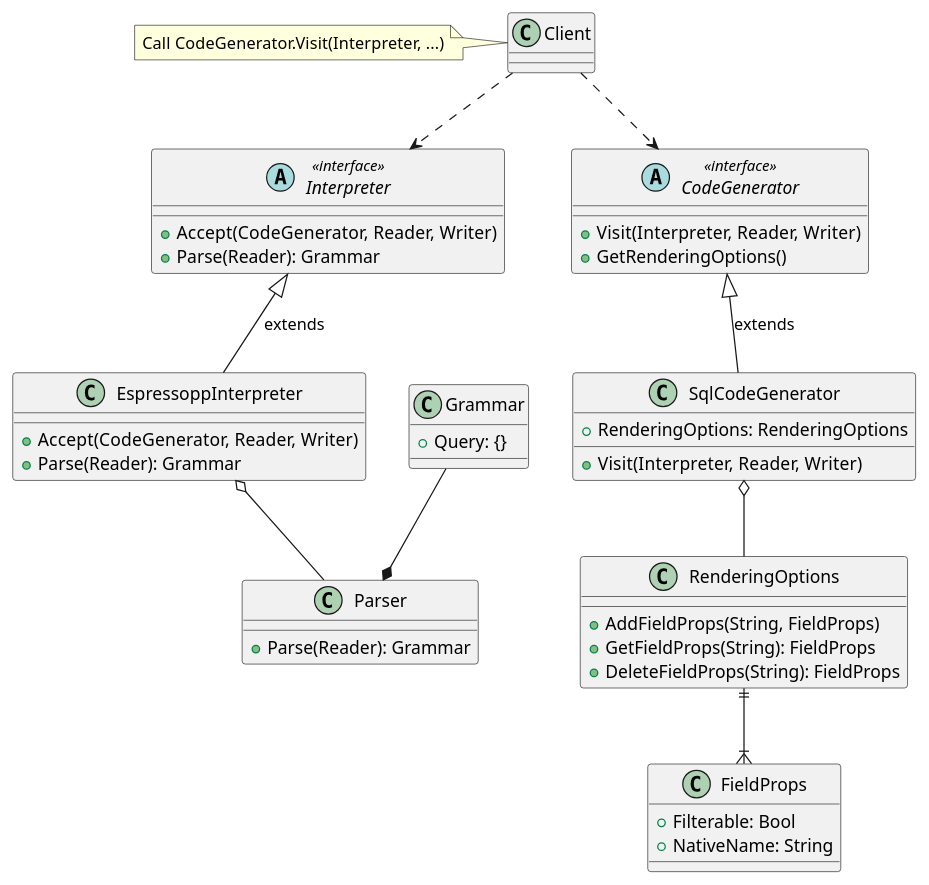
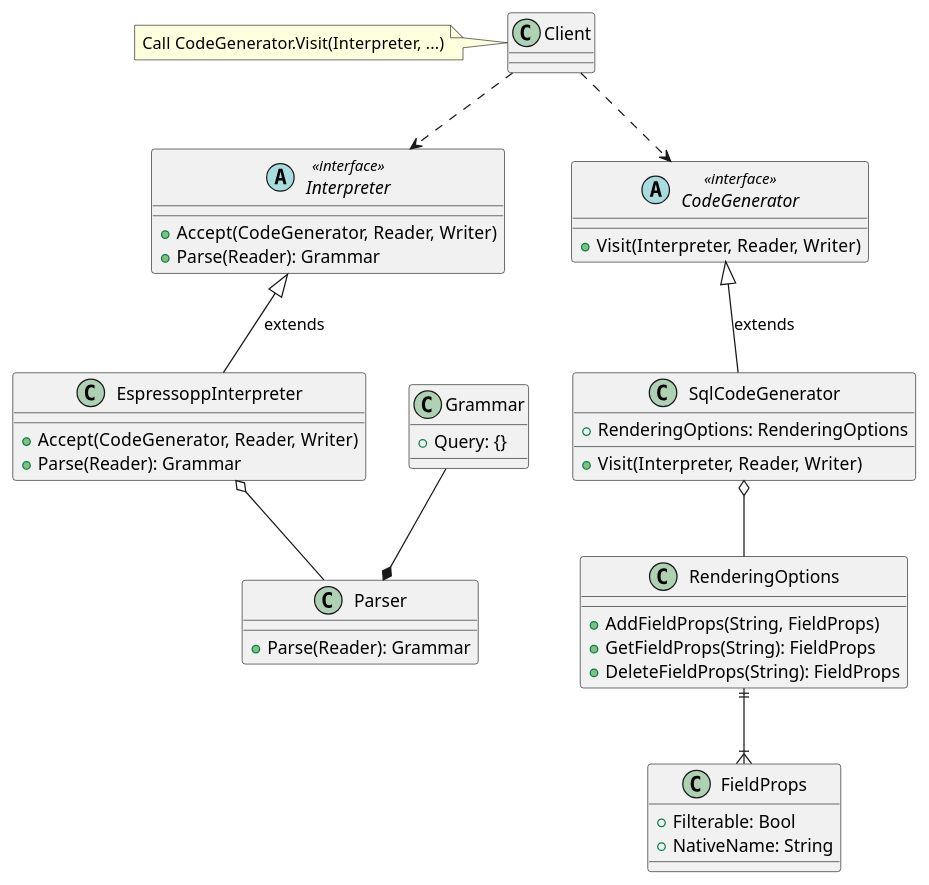
Before and after one commit to skeeterhealth/espressopp: the second of 4 diagrams in docs/espressopp-sdd.adoc, drawn with PlantUML.

Commit message:
doc: remove GetRenderingOptions

```diff
--- a/docs/espressopp-sdd.adoc
+++ b/docs/espressopp-sdd.adoc
@@ -93,43 +93,42 @@
 [plantuml, format="png", id="key-elements"]
 ----
 abstract class Interpreter <<interface>> {
   +Accept(CodeGenerator, Reader, Writer)
   +Parse(Reader): Grammar
 }
 class EspressoppInterpreter {
   +Accept(CodeGenerator, Reader, Writer)
   +Parse(Reader): Grammar
 }
 abstract class CodeGenerator <<interface>> {
   +Visit(Interpreter, Reader, Writer)
-  +GetRenderingOptions()
 }
 class SqlCodeGenerator {
   +RenderingOptions: RenderingOptions
   +Visit(Interpreter, Reader, Writer)
 }
 class FieldProps {
   +Filterable: Bool
   +NativeName: String
 }
 class RenderingOptions {
   +AddFieldProps(String, FieldProps)
   +GetFieldProps(String): FieldProps
   +DeleteFieldProps(String): FieldProps
 }
 class Parser{
   +Parse(Reader): Grammar
 }
 class Grammar{
   +Query: {}
 }
 Client ..> Interpreter
 Client ..> CodeGenerator
 Interpreter <|-- EspressoppInterpreter : extends
 note left: Call CodeGenerator.Visit(Interpreter, ...)
 CodeGenerator <|-- SqlCodeGenerator : extends
 SqlCodeGenerator o-- RenderingOptions
 RenderingOptions ||--|{ FieldProps
 EspressoppInterpreter o-- Parser
 Grammar --* Parser
 ----
```
